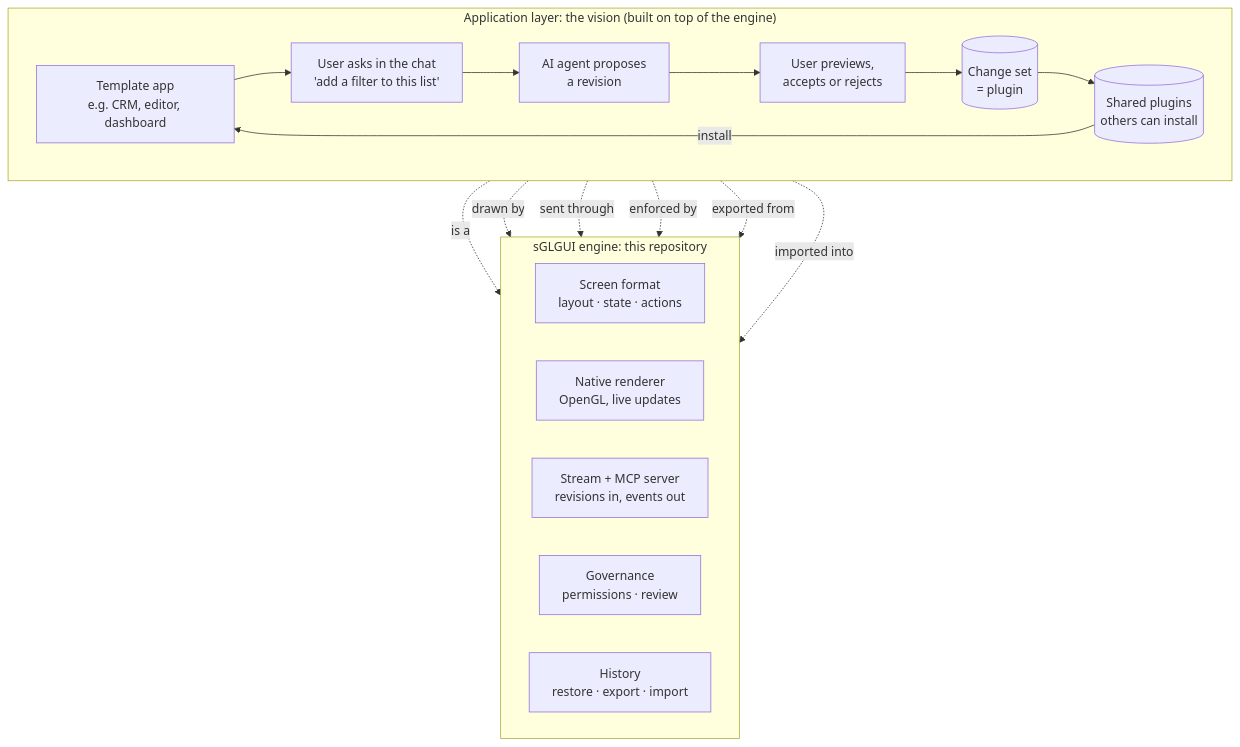
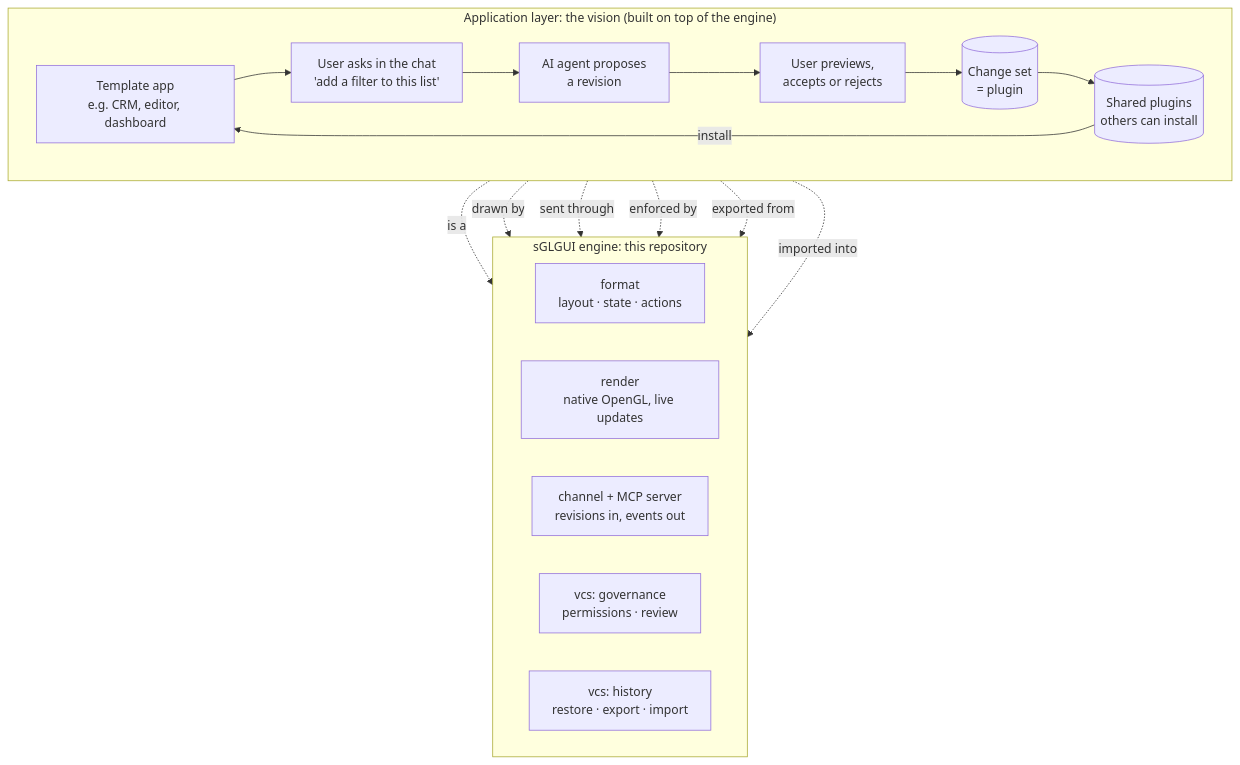
Before and after one commit to RiccardoSottini/AffrescoUI: the third of 3 diagrams in README.md, drawn with Mermaid. The commit also changed other lines of this file and 80 other files, not shown here.

````diff
--- a/README.md
+++ b/README.md
@@ -63,30 +108,30 @@
 ```mermaid
 flowchart TB
     subgraph vision["Application layer: the vision (built on top of the engine)"]
         direction LR
         template["Template app<br/>e.g. CRM, editor, dashboard"]
         ask["User asks in the chat<br/>'add a filter to this list'"]
         propose["AI agent proposes<br/>a revision"]
         approve["User previews,<br/>accepts or rejects"]
         plugin[("Change set<br/>= plugin")]
         catalogue[("Shared plugins<br/>others can install")]
         template --> ask --> propose --> approve --> plugin --> catalogue
         catalogue -->|install| template
     end
 
     subgraph engine["sGLGUI engine: this repository"]
         direction LR
-        format["Screen format<br/>layout · state · actions"]
-        renderer["Native renderer<br/>OpenGL, live updates"]
-        stream["Stream + MCP server<br/>revisions in, events out"]
-        governance["Governance<br/>permissions · review"]
-        history["History<br/>restore · export · import"]
+        format["format<br/>layout · state · actions"]
+        renderer["render<br/>native OpenGL, live updates"]
+        stream["channel + MCP server<br/>revisions in, events out"]
+        governance["vcs: governance<br/>permissions · review"]
+        history["vcs: history<br/>restore · export · import"]
     end
 
     template -.->|is a| format
     template -.->|drawn by| renderer
     propose -.->|sent through| stream
     approve -.->|enforced by| governance
     plugin -.->|exported from| history
     catalogue -.->|imported into| history
 ```
````
